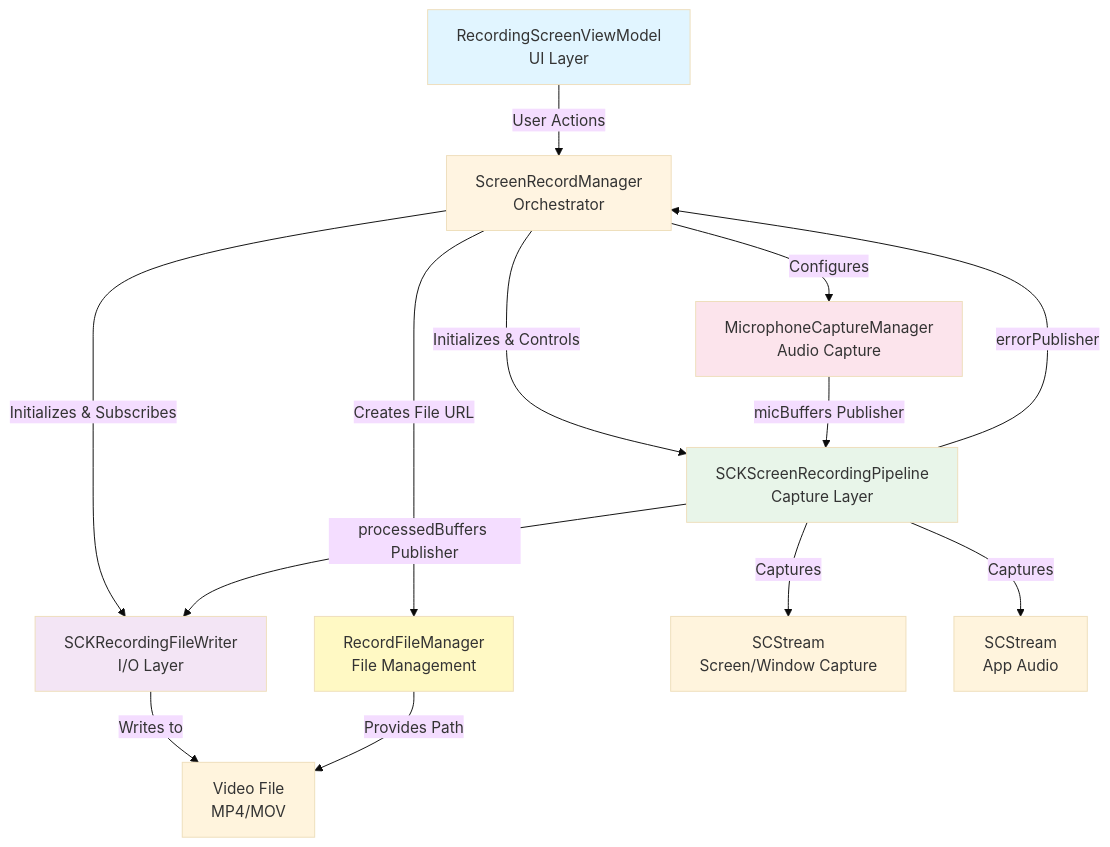
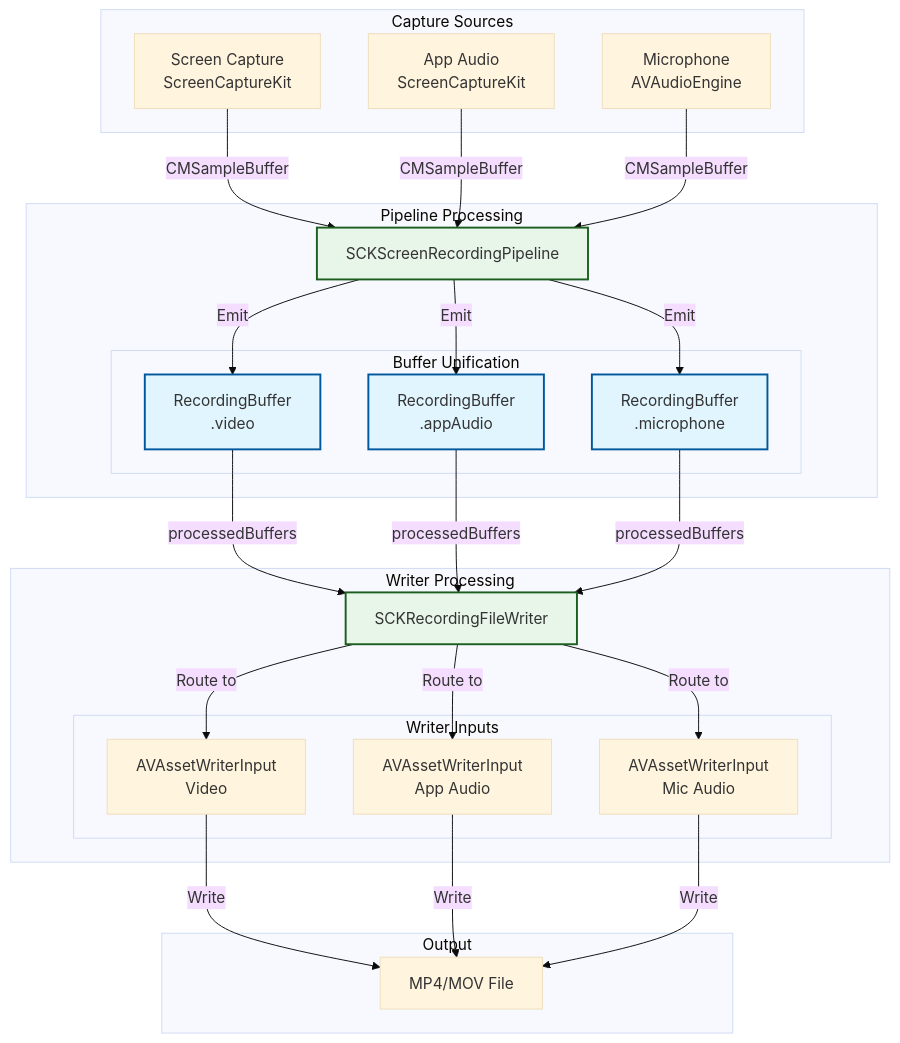
The fourth of 4 diagrams in ARCHITECTURE.md (bassamfouad92/screen-recorder), drawn with Mermaid (base theme) before and after one commit. The commit also changed other lines of this file and 16 other files, not shown here.

First line of the commit message:
refactor(recording): decouple ViewModel from frameworks and improve testability

````diff
--- a/ARCHITECTURE.md
+++ b/ARCHITECTURE.md
@@ -8,26 +212,58 @@
 ```mermaid
 graph TB
-    VM[RecordingScreenViewModel<br/>UI Layer] -->|User Actions| SRM[ScreenRecordManager<br/>Orchestrator]
+    subgraph "Capture Sources"
+        Screen[Screen Capture<br/>ScreenCaptureKit]
+        AppAudio[App Audio<br/>ScreenCaptureKit]
+        Mic[Microphone<br/>AVAudioEngine]
+    end
     
-    SRM -->|Initializes & Controls| Pipeline[SCKScreenRecordingPipeline<br/>Capture Layer]
-    SRM -->|Creates File URL| RFM[RecordFileManager<br/>File Management]
-    SRM -->|Initializes & Subscribes| Writer[SCKRecordingFileWriter<br/>I/O Layer]
-    SRM -->|Configures| Mic[MicrophoneCaptureManager<br/>Audio Capture]
+    subgraph "Pipeline Processing"
+        Pipeline[SCKScreenRecordingPipeline]
+        
+        subgraph "Buffer Unification"
+            VideoBuffer[RecordingBuffer<br/>.video]
+            AppAudioBuffer[RecordingBuffer<br/>.appAudio]
+            MicBuffer[RecordingBuffer<br/>.microphone]
+        end
+    end
     
-    Pipeline -->|processedBuffers Publisher| Writer
-    Pipeline -->|errorPublisher| SRM
-    Mic -->|micBuffers Publisher| Pipeline
+    subgraph "Writer Processing"
+        Writer[SCKRecordingFileWriter]
+        
+        subgraph "Writer Inputs"
+            VideoInput[AVAssetWriterInput<br/>Video]
+            AppAudioInput[AVAssetWriterInput<br/>App Audio]
+            MicAudioInput[AVAssetWriterInput<br/>Mic Audio]
+        end
+    end
     
-    Pipeline -->|Captures| Screen[SCStream<br/>Screen/Window Capture]
-    Pipeline -->|Captures| AppAudio[SCStream<br/>App Audio]
+    subgraph "Output"
+        File[MP4/MOV File]
+    end
     
-    Writer -->|Writes to| File[Video File<br/>MP4/MOV]
-    RFM -->|Provides Path| File
+    Screen -->|CMSampleBuffer| Pipeline
+    AppAudio -->|CMSampleBuffer| Pipeline
+    Mic -->|CMSampleBuffer| Pipeline
     
-    style VM fill:#e1f5ff
-    style SRM fill:#fff4e1
-    style Pipeline fill:#e8f5e9
-    style Writer fill:#f3e5f5
-    style Mic fill:#fce4ec
-    style RFM fill:#fff9c4
+    Pipeline -->|Emit| VideoBuffer
+    Pipeline -->|Emit| AppAudioBuffer
+    Pipeline -->|Emit| MicBuffer
+    
+    VideoBuffer -->|processedBuffers| Writer
+    AppAudioBuffer -->|processedBuffers| Writer
+    MicBuffer -->|processedBuffers| Writer
+    
+    Writer -->|Route to| VideoInput
+    Writer -->|Route to| AppAudioInput
+    Writer -->|Route to| MicAudioInput
+    
+    VideoInput -->|Write| File
+    AppAudioInput -->|Write| File
+    MicAudioInput -->|Write| File
+    
+    style Pipeline fill:#e8f5e9,stroke:#1b5e20,stroke-width:2px
+    style Writer fill:#e8f5e9,stroke:#1b5e20,stroke-width:2px
+    style VideoBuffer fill:#e1f5ff,stroke:#01579b,stroke-width:2px
+    style AppAudioBuffer fill:#e1f5ff,stroke:#01579b,stroke-width:2px
+    style MicBuffer fill:#e1f5ff,stroke:#01579b,stroke-width:2px
 ```
````
